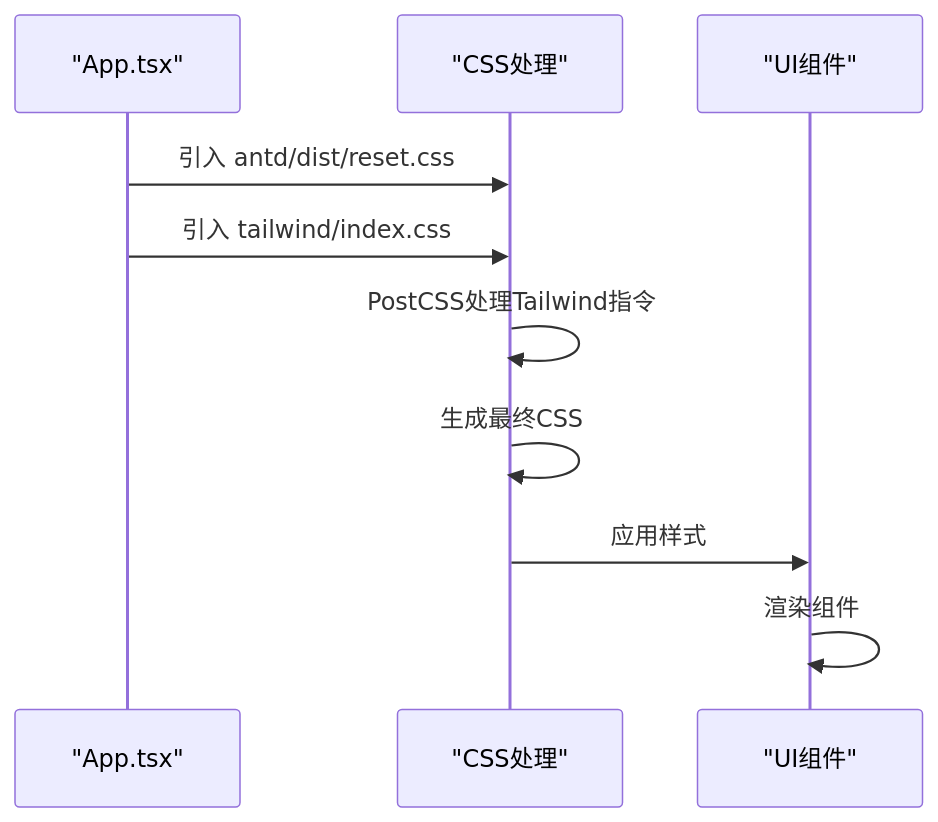
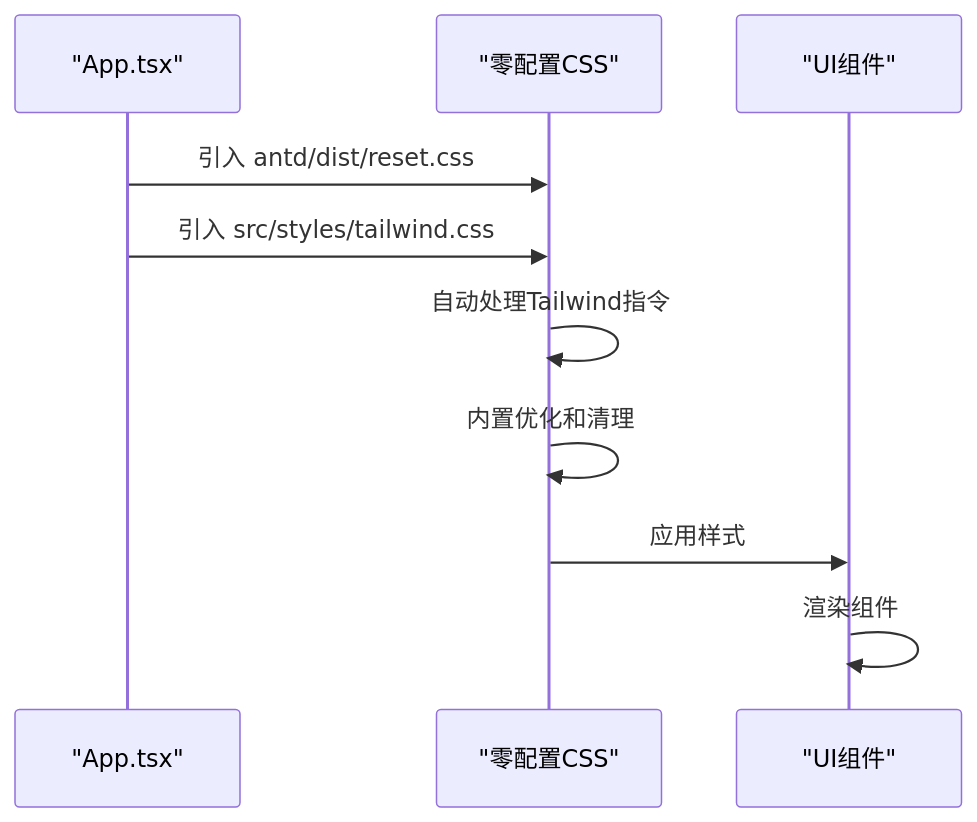
Before and after one commit to fengerzh/react-vscode-template: the fourth of 6 diagrams in .qoder/repowiki/zh/content/样式方案/样式方案.md, drawn with Mermaid. The commit also changed other lines of this file and 6 other files, not shown here.

````diff
--- a/.qoder/repowiki/zh/content/样式方案/样式方案.md
+++ b/.qoder/repowiki/zh/content/样式方案/样式方案.md
@@ -129,12 +129,12 @@
 ```mermaid
 sequenceDiagram
 participant App as "App.tsx"
-participant CSS as "CSS处理"
+participant CSS as "零配置CSS"
 participant UI as "UI组件"
 App->>CSS : 引入 antd/dist/reset.css
-App->>CSS : 引入 tailwind/index.css
-CSS->>CSS : PostCSS处理Tailwind指令
-CSS->>CSS : 生成最终CSS
+App->>CSS : 引入 src/styles/tailwind.css
+CSS->>CSS : 自动处理Tailwind指令
+CSS->>CSS : 内置优化和清理
 CSS->>UI : 应用样式
 UI->>UI : 渲染组件
 ```
````
